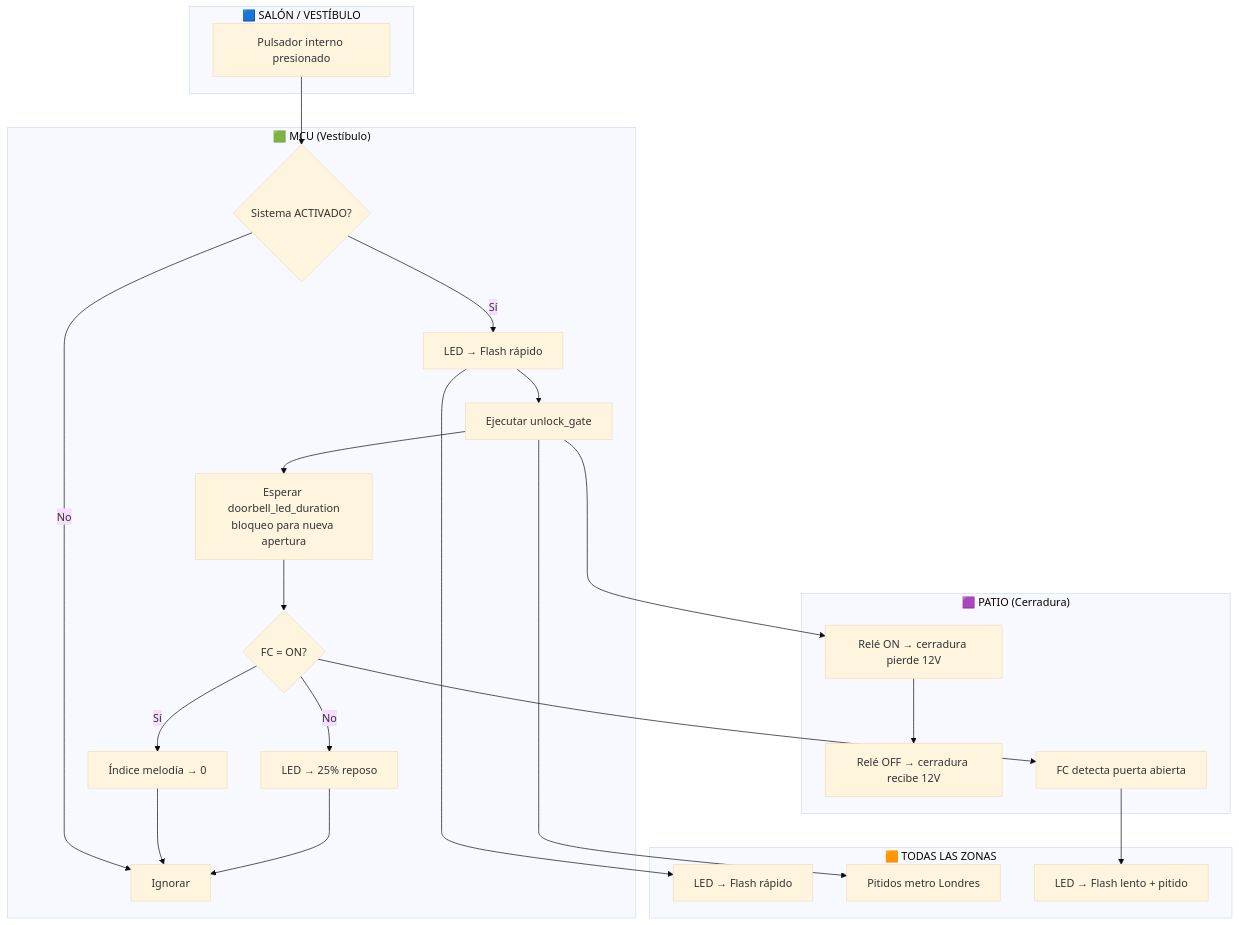
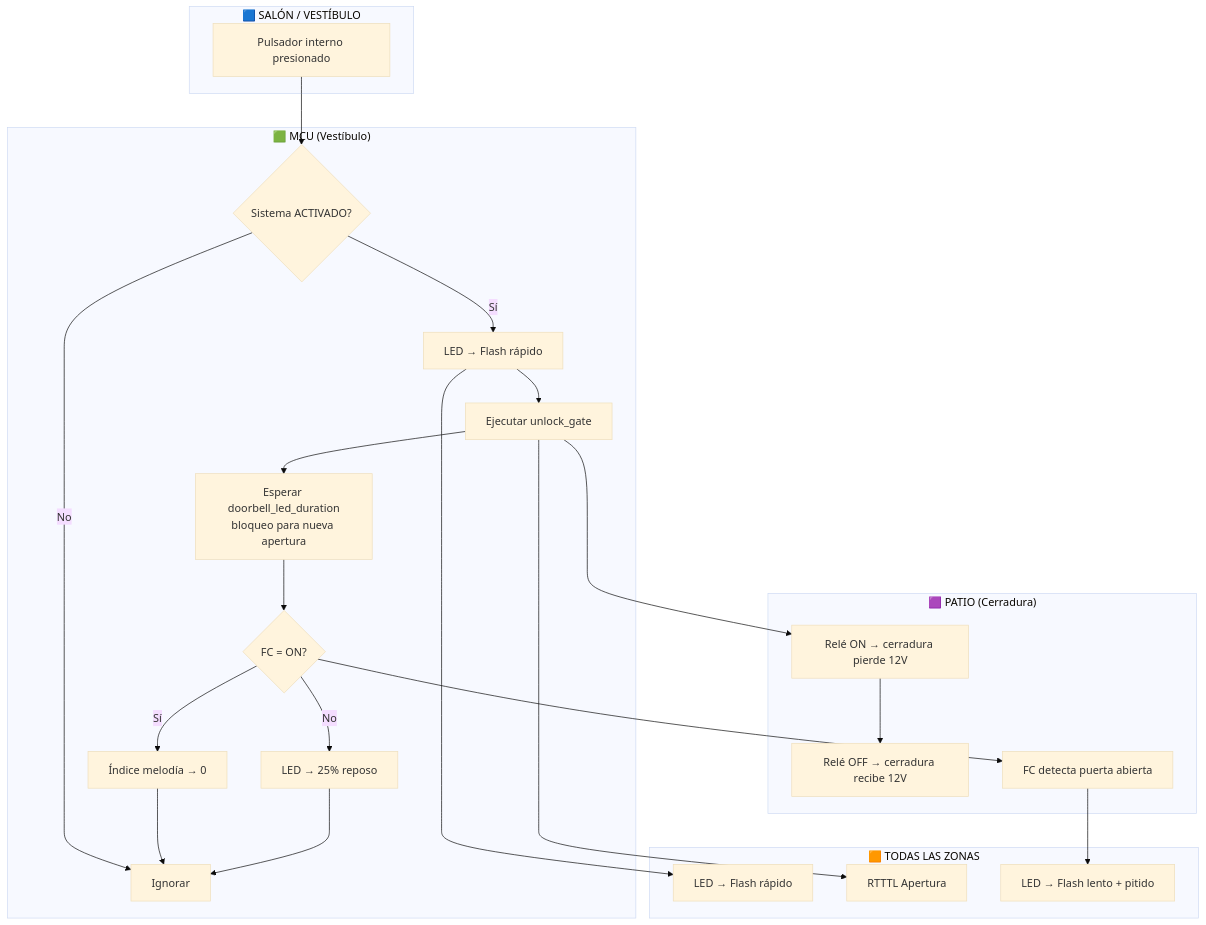
Before and after one commit to abelbour/Abrepuertas: the eighth of 10 diagrams in SYSTEM_DEFINITION.md, drawn with Mermaid (base theme). The commit also changed other lines of this file and 2 other files, not shown here.

First line of the commit message:
feat: nuevas melodias RTTTL, apertura/emergencia RTTTL, bucle emergencia 60s

````diff
--- a/SYSTEM_DEFINITION.md
+++ b/SYSTEM_DEFINITION.md
@@ -517,39 +513,39 @@
 ```mermaid
 flowchart TD
     subgraph Int["🟦 SALÓN / VESTÍBULO"]
         PULS[Pulsador interno presionado]
     end
 
     subgraph MCU["🟩 MCU (Vestíbulo)"]
         A{"Sistema ACTIVADO?"}
         A -- No --> FIN_INT[Ignorar]
         A -- Sí --> LEDON[LED → Flash rápido]
         LEDON --> UNLOCK[Ejecutar unlock_gate]
         UNLOCK --> COOLDOWN[Esperar doorbell_led_duration<br/>bloqueo para nueva apertura]
         COOLDOWN --> CHECK{FC = ON?}
         CHECK -- Sí --> RESET[Índice melodía → 0]
         CHECK -- No --> IDLE[LED → 25% reposo]
         RESET --> FIN_INT
         IDLE --> FIN_INT
     end
 
     subgraph LOCK["🟪 PATIO (Cerradura)"]
         RELE[Relé ON → cerradura pierde 12V]
         RELE2[Relé OFF → cerradura recibe 12V]
         FC[FC detecta puerta abierta]
     end
 
     subgraph PAN["🟧 TODAS LAS ZONAS"]
         LED[LED → Flash rápido]
-        BEEP[Pitidos metro Londres]
+        BEEP[RTTTL Apertura]
         LED2[LED → Flash lento + pitido]
     end
 
     PULS --> A
     UNLOCK --> RELE
     UNLOCK --> BEEP
     LEDON --> LED
     RELE --> RELE2
     CHECK --> FC
     FC --> LED2
 ```
````
